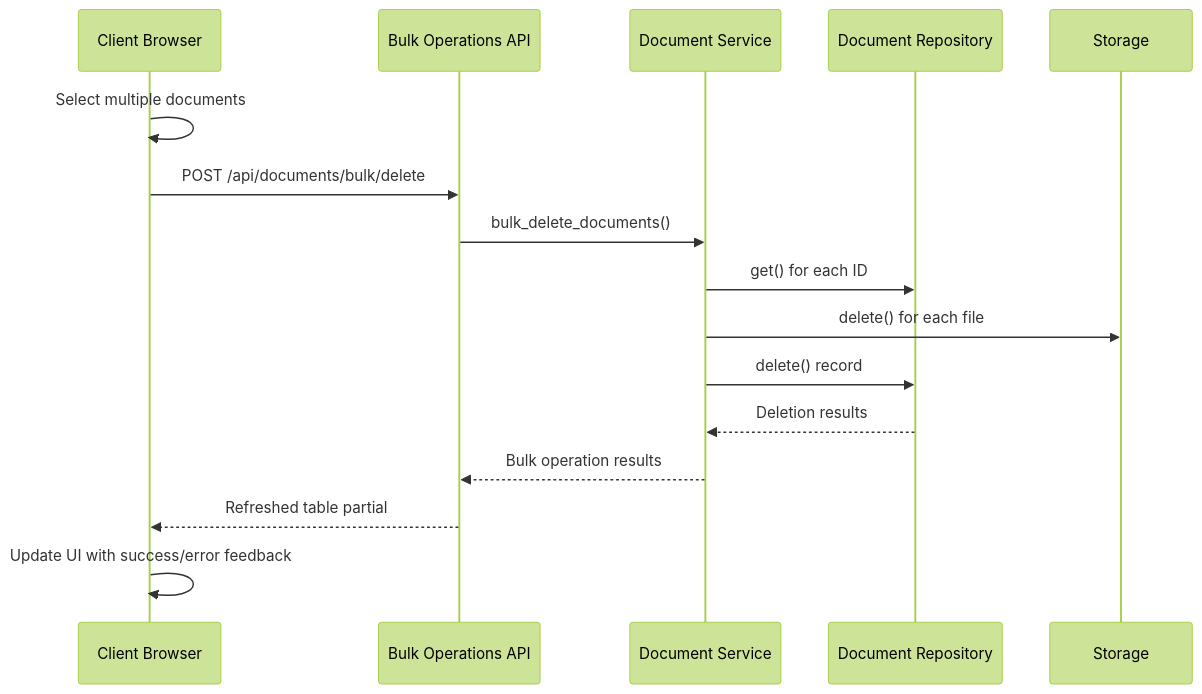
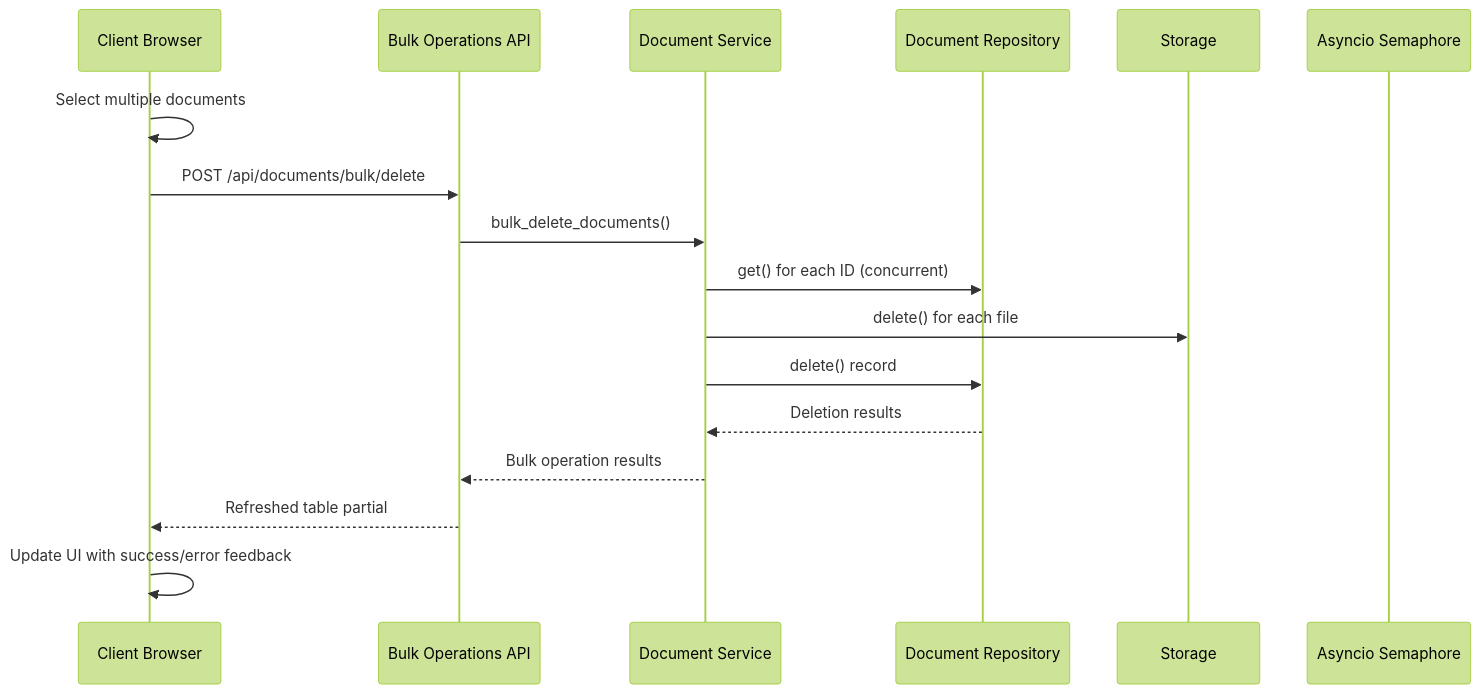
Before and after one commit to ognelis/cafetera_hr_bot: the ninth of 20 diagrams in .qoder/repowiki/en/content/Document Management System.md, drawn with Mermaid (forest theme). The commit also changed other lines of this file and 7 other files, not shown here.

````diff
--- a/.qoder/repowiki/en/content/Document Management System.md
+++ b/.qoder/repowiki/en/content/Document Management System.md
@@ -490,18 +508,19 @@
 ```mermaid
 sequenceDiagram
 participant Client as Client Browser
 participant API as Bulk Operations API
 participant Service as Document Service
 participant Repo as Document Repository
 participant S3 as Storage
+participant Semaphore as Asyncio Semaphore
 Client->>Client : Select multiple documents
 Client->>API : POST /api/documents/bulk/delete
 API->>Service : bulk_delete_documents()
-Service->>Repo : get() for each ID
+Service->>Repo : get() for each ID (concurrent)
 Service->>S3 : delete() for each file
 Service->>Repo : delete() record
 Repo-->>Service : Deletion results
 Service-->>API : Bulk operation results
 API-->>Client : Refreshed table partial
 Client->>Client : Update UI with success/error feedback
 ```
````
